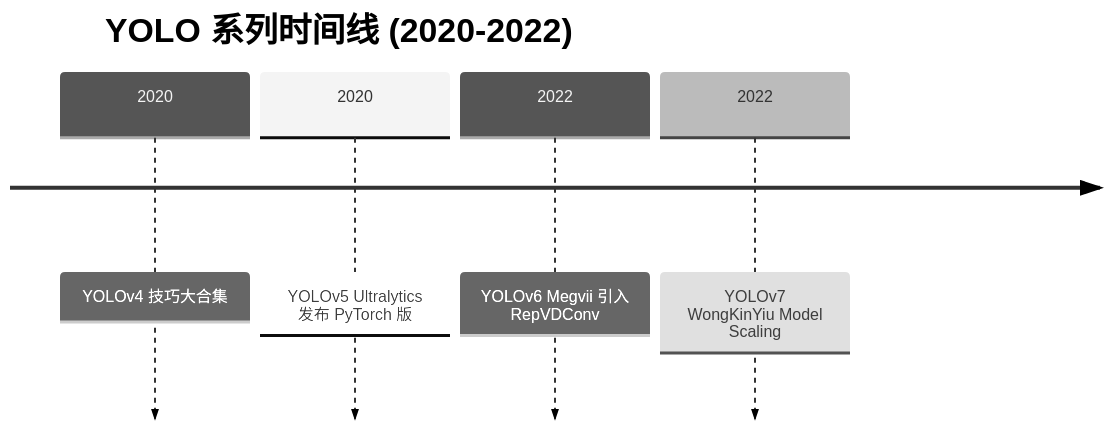
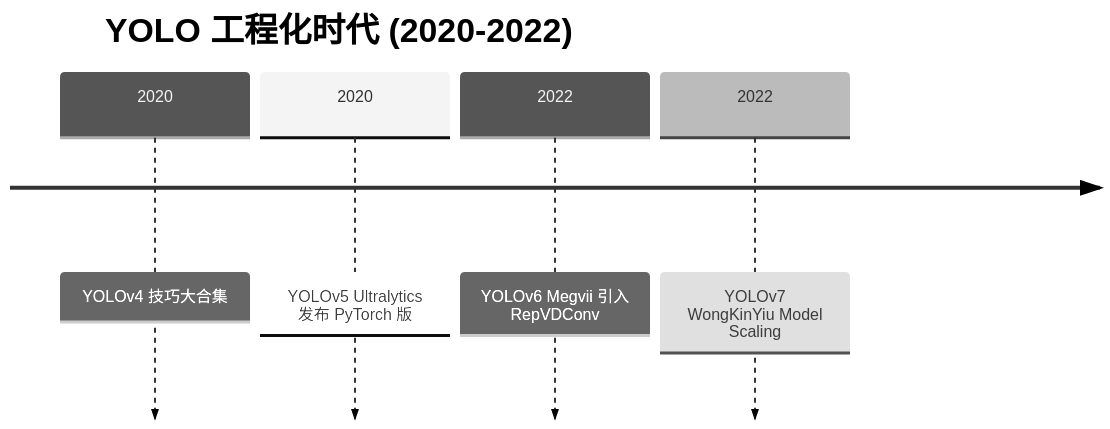
Before and after one commit to yejinlei/agent-yolo: the third of 6 diagrams in docs/global/timeline.md, drawn with Mermaid (neutral theme). The commit also changed other lines of this file and 3 other files, not shown here.

Commit message:
docs: add Batch 4 (case cross-compare, matrix expansion, timeline viz, glossary bilingual)

````diff
--- a/docs/global/timeline.md
+++ b/docs/global/timeline.md
@@ -17,8 +62,8 @@
 ```mermaid
 timeline
-  title YOLO 系列时间线 (2020-2022)
+  title YOLO 工程化时代 (2020-2022)
   2020 : YOLOv4 技巧大合集
   2020 : YOLOv5 Ultralytics 发布 PyTorch 版
   2022 : YOLOv6 Megvii 引入 RepVDConv
   2022 : YOLOv7 WongKinYiu Model Scaling
 ```
````
